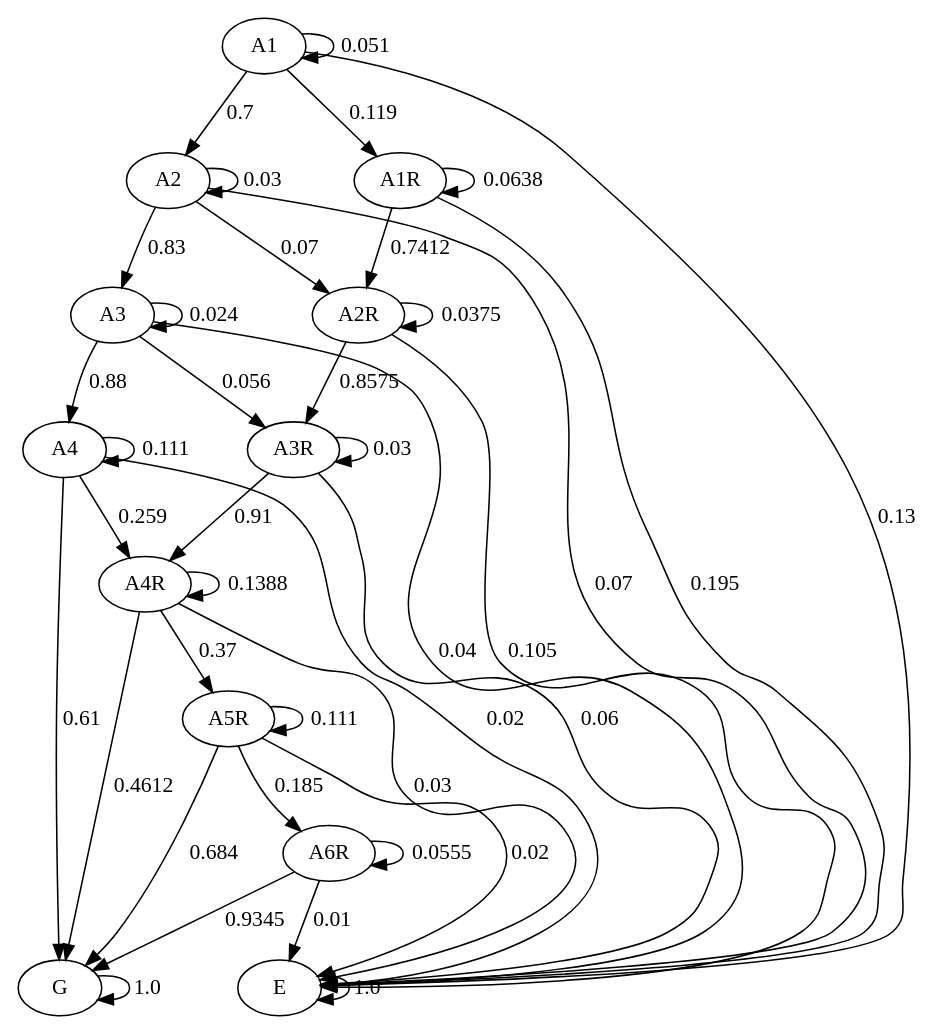
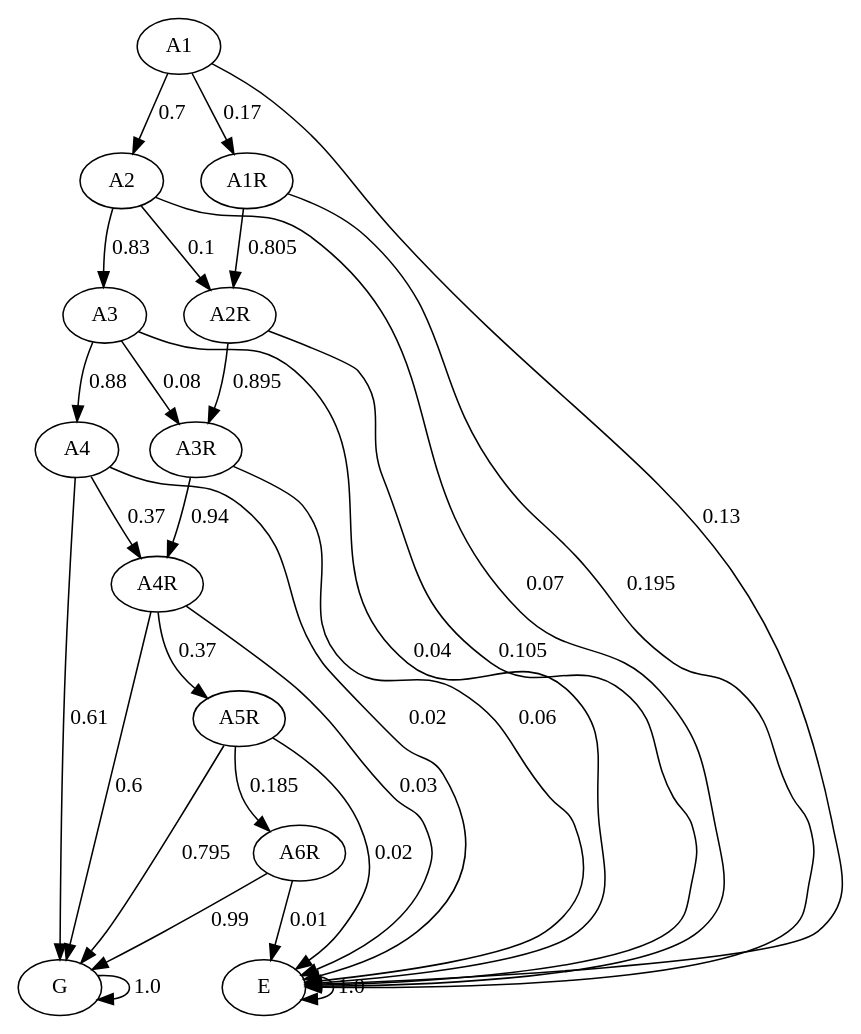
The diagram in graph/markov.dot (JulianaFerreira/educacao), drawn with Graphviz before and after one commit. The commit also changed 6 other files, not shown here.

```diff
--- a/graph/markov.dot
+++ b/graph/markov.dot
@@ -1,52 +1,42 @@
 digraph  {
 A1;
 A2;
 A3;
 A4;
 A1R;
 A2R;
 A3R;
 A4R;
 A5R;
 A6R;
 G;
 E;
-A1 -> A1  [key=0, label="0.051", weight="0.051"];
 A1 -> A2  [key=0, label="0.7", weight="0.7"];
-A1 -> A1R  [key=0, label="0.119", weight="0.119"];
+A1 -> A1R  [key=0, label="0.17", weight="0.17"];
 A1 -> E  [key=0, label="0.13", weight="0.13"];
-A2 -> A2  [key=0, label="0.03", weight="0.03"];
 A2 -> A3  [key=0, label="0.83", weight="0.83"];
-A2 -> A2R  [key=0, label="0.07", weight="0.07"];
+A2 -> A2R  [key=0, label="0.1", weight="0.1"];
 A2 -> E  [key=0, label="0.07", weight="0.07"];
-A3 -> A3  [key=0, label="0.024", weight="0.024"];
 A3 -> A4  [key=0, label="0.88", weight="0.88"];
-A3 -> A3R  [key=0, label="0.056", weight="0.056"];
+A3 -> A3R  [key=0, label="0.08", weight="0.08"];
 A3 -> E  [key=0, label="0.04", weight="0.04"];
-A4 -> A4  [key=0, label="0.111", weight="0.111"];
-A4 -> A4R  [key=0, label="0.259", weight="0.259"];
+A4 -> A4R  [key=0, label="0.37", weight="0.37"];
 A4 -> G  [key=0, label="0.61", weight="0.61"];
 A4 -> E  [key=0, label="0.02", weight="0.02"];
-A1R -> A1R  [key=0, label="0.0638", weight="0.0638"];
-A1R -> A2R  [key=0, label="0.7412", weight="0.7412"];
+A1R -> A2R  [key=0, label="0.805", weight="0.805"];
 A1R -> E  [key=0, label="0.195", weight="0.195"];
-A2R -> A2R  [key=0, label="0.0375", weight="0.0375"];
-A2R -> A3R  [key=0, label="0.8575", weight="0.8575"];
+A2R -> A3R  [key=0, label="0.895", weight="0.895"];
 A2R -> E  [key=0, label="0.105", weight="0.105"];
-A3R -> A3R  [key=0, label="0.03", weight="0.03"];
-A3R -> A4R  [key=0, label="0.91", weight="0.91"];
+A3R -> A4R  [key=0, label="0.94", weight="0.94"];
 A3R -> E  [key=0, label="0.06", weight="0.06"];
-A4R -> A4R  [key=0, label="0.1388", weight="0.1388"];
 A4R -> A5R  [key=0, label="0.37", weight="0.37"];
-A4R -> G  [key=0, label="0.4612", weight="0.4612"];
+A4R -> G  [key=0, label="0.6", weight="0.6"];
 A4R -> E  [key=0, label="0.03", weight="0.03"];
-A5R -> A5R  [key=0, label="0.111", weight="0.111"];
 A5R -> A6R  [key=0, label="0.185", weight="0.185"];
-A5R -> G  [key=0, label="0.684", weight="0.684"];
+A5R -> G  [key=0, label="0.795", weight="0.795"];
 A5R -> E  [key=0, label="0.02", weight="0.02"];
-A6R -> A6R  [key=0, label="0.0555", weight="0.0555"];
-A6R -> G  [key=0, label="0.9345", weight="0.9345"];
+A6R -> G  [key=0, label="0.99", weight="0.99"];
 A6R -> E  [key=0, label="0.01", weight="0.01"];
 G -> G  [key=0, label="1.0", weight="1.0"];
 E -> E  [key=0, label="1.0", weight="1.0"];
 }
```
